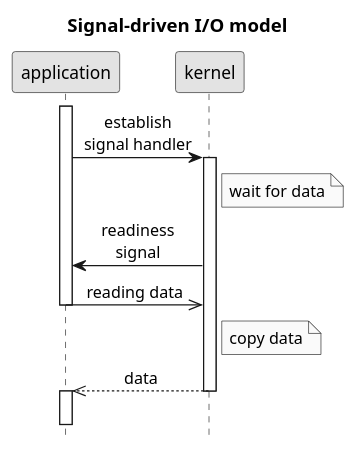
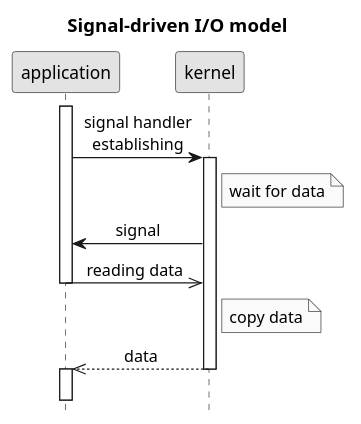
The diagram in .images/signal-driven IO model.puml (c0p4c4b4n4/demo-sockets-io-nio-nio2), drawn with PlantUML before and after one commit. The commit also changed 4 other files, not shown here.

```diff
--- a/.images/signal-driven IO model.puml
+++ b/.images/signal-driven IO model.puml
@@ -1,21 +1,21 @@
 @startuml
 title Signal-driven I/O model
 hide footbox
 skinparam monochrome true
 skinparam defaultFontName Microsoft Sans Serif
 skinparam titleFontSize 15
 skinparam sequenceMessageAlign center
 activate application
-application->kernel: establish\nsignal handler
+application->kernel: signal handler\nestablishing
 activate kernel
 Note right of kernel: wait for data
-kernel->application: readiness\nsignal
+kernel->application: signal
 application->>kernel: reading data
 deactivate application
 Note right of kernel: copy data
 kernel-->>application: data
 deactivate kernel
 activate application
-||4||
+||2||
 kernel -[#white]->]
 @enduml
```
